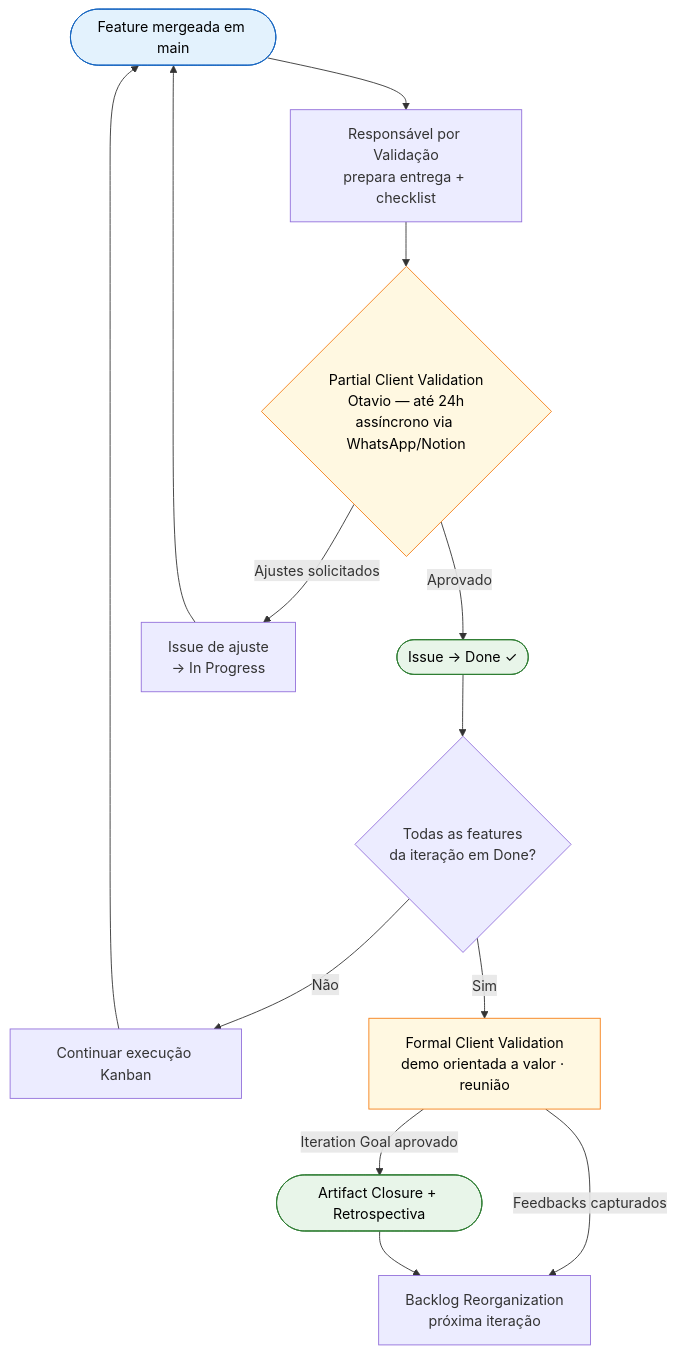
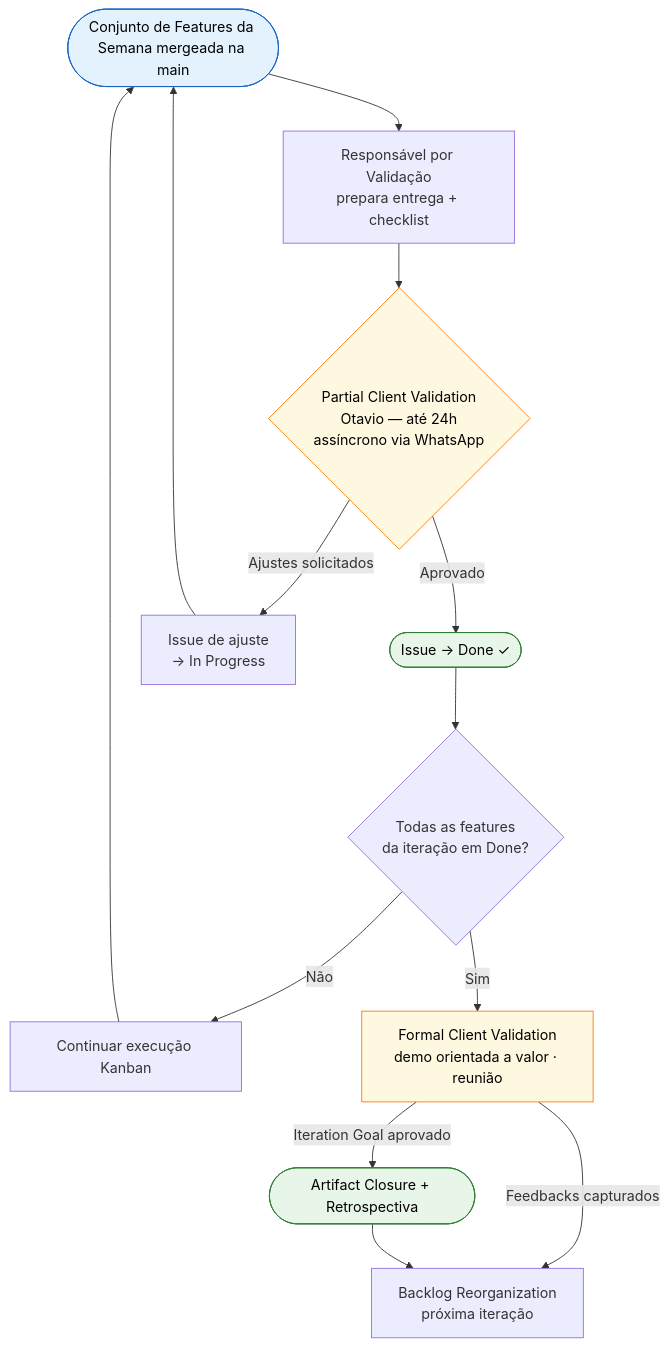
Before and after one commit to mdsreq-fga-unb/REQ-2026.1-T02-Crianex-: the first of 2 diagrams in gh-pages/docs/visao/equipe.md, drawn with Mermaid. The commit also changed other lines of this file and 2 other files, not shown here.

Commit message:
fix: iteration table and update the order of phases in the sequence execution diagram. Also update the members funtionalities

````diff
--- a/gh-pages/docs/visao/equipe.md
+++ b/gh-pages/docs/visao/equipe.md
@@ -110,21 +110,21 @@
 ```mermaid
 flowchart TD
-    A([Feature mergeada em main]) --> B[Responsável por Validação\nprepara entrega + checklist]
-    B --> C{Partial Client Validation\nOtavio — até 24h\nassíncrono via WhatsApp/Notion}
+    A([Conjunto de Features da Semana mergeada na main]) --> B[Responsável por Validação\nprepara entrega + checklist]
+    B --> C{Partial Client Validation\nOtavio — até 24h\nassíncrono via WhatsApp}
     C -->|Aprovado| D([Issue → Done ✓])
     C -->|Ajustes solicitados| E[Issue de ajuste\n→ In Progress]
     E --> A
     D --> F{Todas as features\nda iteração em Done?}
     F -->|Não| G[Continuar execução Kanban]
     G --> A
     F -->|Sim| H[Formal Client Validation\ndemo orientada a valor · reunião]
     H -->|Iteration Goal aprovado| I([Artifact Closure + Retrospectiva])
     H -->|Feedbacks capturados| J[Backlog Reorganization\npróxima iteração]
     I --> J
 
     style A fill:#e3f2fd,stroke:#1565c0,color:#000
     style D fill:#e8f5e9,stroke:#2e7d32,color:#000
     style I fill:#e8f5e9,stroke:#2e7d32,color:#000
     style C fill:#fff8e1,stroke:#f57f17,color:#000
     style H fill:#fff8e1,stroke:#f57f17,color:#000
 ```
````
